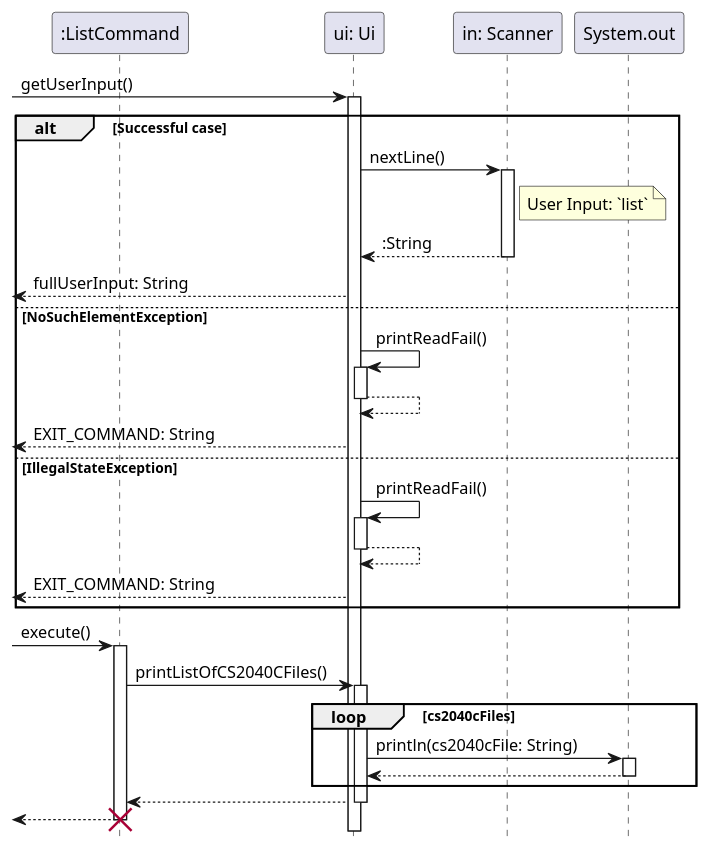
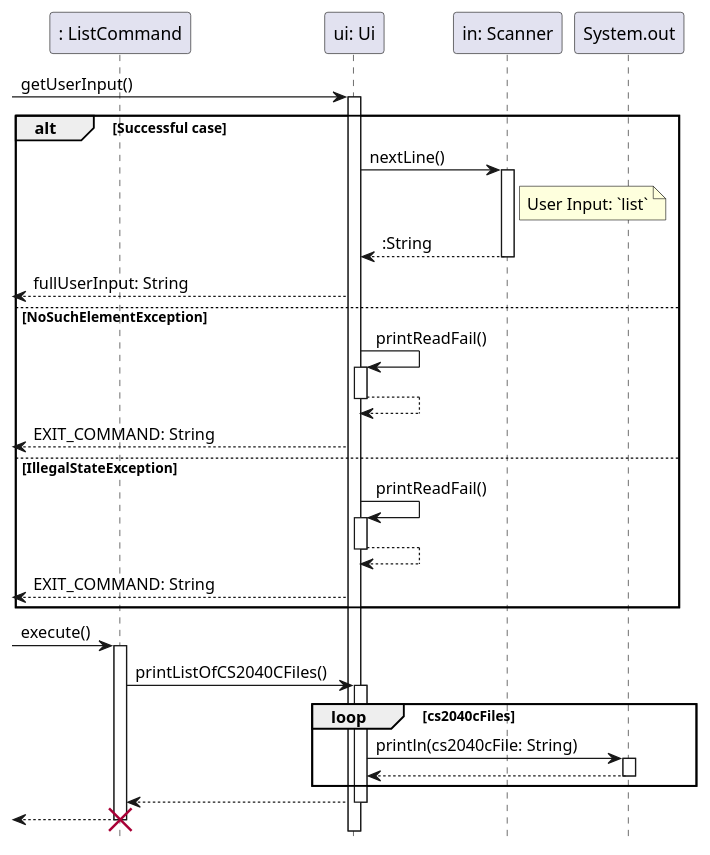
One commit to ong-ck/tp changed the diagram in docs/sequence-diagrams/source-files/Ui.puml. Above: the diagram before and after it, drawn with PlantUML. The commit also changed 1 other file, not shown here.

Commit message:
Refactor Ui sequence diagram

```diff
--- a/docs/sequence-diagrams/source-files/Ui.puml
+++ b/docs/sequence-diagrams/source-files/Ui.puml
@@ -1,43 +1,43 @@
 @startuml
 hide footbox
 
-participant ":ListCommand" as ListCommand
+participant ": ListCommand" as ListCommand
 participant "ui: Ui" as Ui
 participant "in: Scanner" as Scanner
 participant "System.out" as System
 
 -> Ui: getUserInput()
 activate Ui
 alt Successful case
     Ui -> Scanner: nextLine()
     activate Scanner
     note right of Scanner : User Input: `list`
     return :String
     <-- Ui : fullUserInput: String
 else NoSuchElementException
     Ui -> Ui : printReadFail()
     activate Ui
     return
     <-- Ui : EXIT_COMMAND: String
 else IllegalStateException
     Ui -> Ui : printReadFail()
     activate Ui
     return
     <-- Ui : EXIT_COMMAND: String
 end
 
 -> ListCommand: execute()
 activate ListCommand
     ListCommand -> Ui: printListOfCS2040CFiles()
     activate Ui
         loop cs2040cFiles
             Ui -> System: println(cs2040cFile: String)
             activate System
             return
         end
     return
 return
 
 destroy ListCommand
 
 @enduml
```
